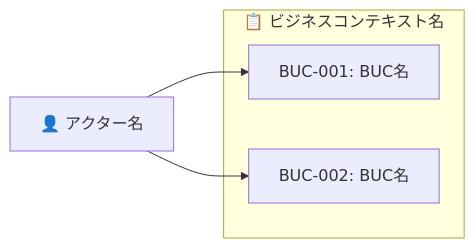
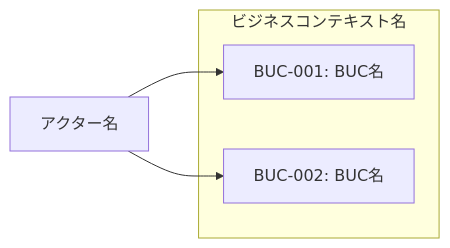
The second of 7 diagrams in specs/spec.md (iwasa-kosui/dotfiles), drawn with Mermaid before and after one commit. The commit also changed other lines of this file and 7 other files, not shown here.

````diff
--- a/specs/spec.md
+++ b/specs/spec.md
@@ -431,12 +495,12 @@
 ```mermaid
 graph LR
-    actor1["👤 アクター名"]
+    actor1["アクター名"]
 
-    subgraph biz1["📋 ビジネスコンテキスト名"]
+    subgraph biz1["ビジネスコンテキスト名"]
         buc1["BUC-001: BUC名"]
         buc2["BUC-002: BUC名"]
     end
 
     actor1 --> buc1
     actor1 --> buc2
 ```
````
